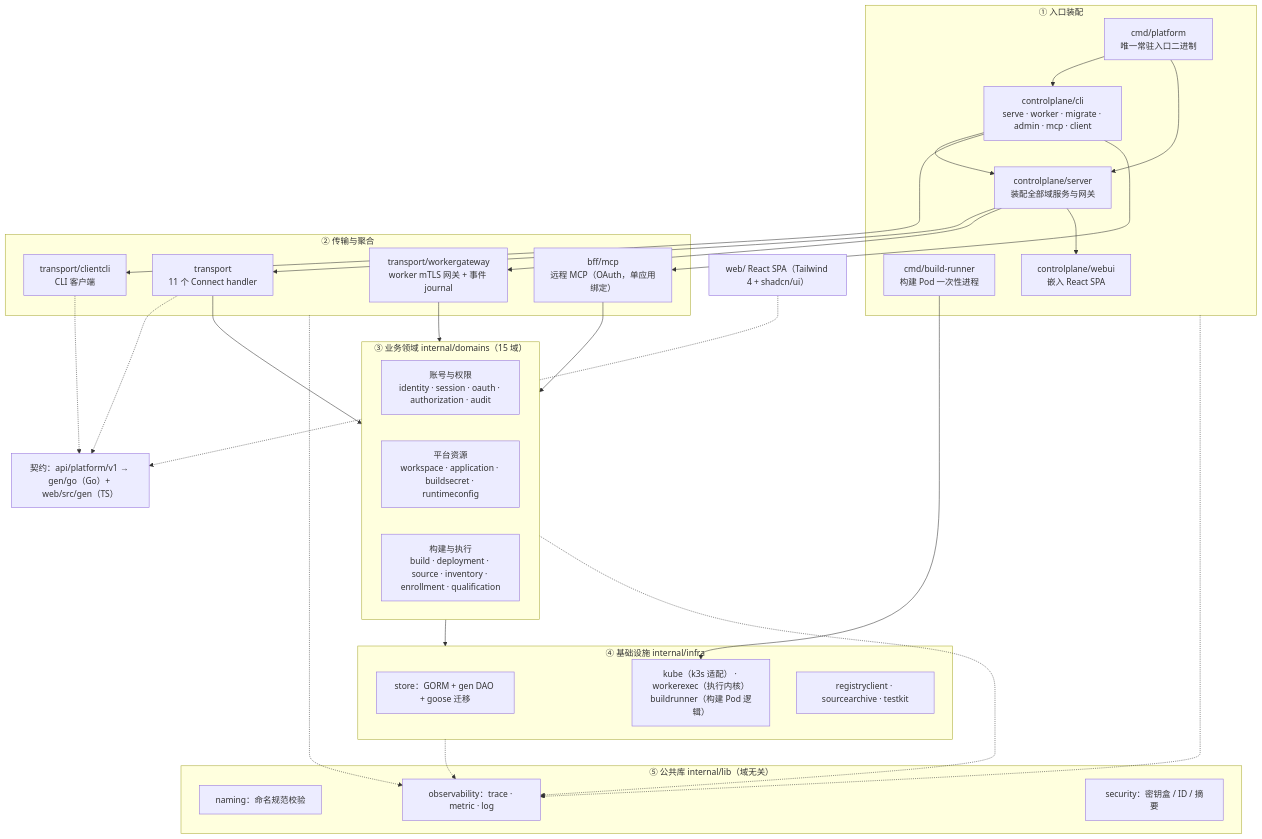
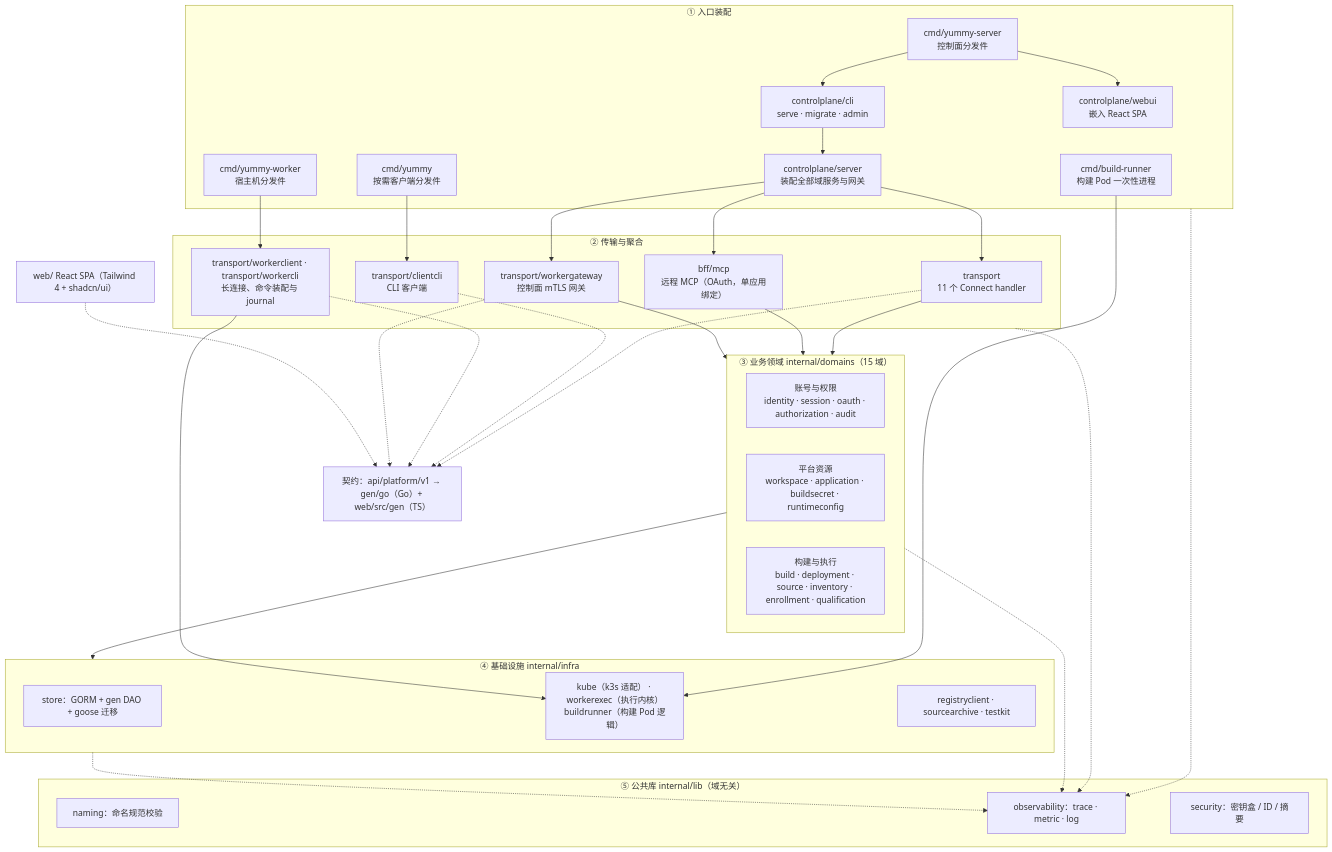
One commit to sunshanpeng/yummy changed the second of 2 diagrams in docs/architecture.md. Above: the diagram before and after it, drawn with Mermaid. The commit also changed other lines of this file and 55 other files, not shown here.

First line of the commit message:
refactor: 拆分控制面、CLI 和 worker 的发布产物

````diff
--- a/docs/architecture.md
+++ b/docs/architecture.md
@@ -74,59 +74,65 @@
 ```mermaid
 flowchart TB
     subgraph entry["① 入口装配"]
-        cmdp["cmd/platform<br/>唯一常驻入口二进制"]
+        cmdsrv["cmd/yummy-server<br/>控制面分发件"]
+        cmdcli["cmd/yummy<br/>按需客户端分发件"]
+        cmdworker["cmd/yummy-worker<br/>宿主机分发件"]
         cmdr["cmd/build-runner<br/>构建 Pod 一次性进程"]
-        cpcli["controlplane/cli<br/>serve · worker · migrate · admin · mcp · client"]
+        cpcli["controlplane/cli<br/>serve · migrate · admin"]
         cpsrv["controlplane/server<br/>装配全部域服务与网关"]
         webui["controlplane/webui<br/>嵌入 React SPA"]
     end
 
     subgraph edge["② 传输与聚合"]
         tr["transport<br/>11 个 Connect handler"]
-        wg["transport/workergateway<br/>worker mTLS 网关 + 事件 journal"]
+        wg["transport/workergateway<br/>控制面 mTLS 网关"]
+        wc["transport/workerclient · transport/workercli<br/>长连接、命令装配与 journal"]
         ccli["transport/clientcli<br/>CLI 客户端"]
         mcp["bff/mcp<br/>远程 MCP（OAuth，单应用绑定）"]
     end
 
     subgraph domains["③ 业务领域 internal/domains（15 域）"]
         d1["账号与权限<br/>identity · session · oauth · authorization · audit"]
         d2["平台资源<br/>workspace · application · buildsecret · runtimeconfig"]
         d3["构建与执行<br/>build · deployment · source · inventory · enrollment · qualification"]
     end
 
     subgraph infra["④ 基础设施 internal/infra"]
         i1["store：GORM + gen DAO + goose 迁移"]
         i2["kube（k3s 适配） · workerexec（执行内核）<br/>buildrunner（构建 Pod 逻辑）"]
         i3["registryclient · sourcearchive · testkit"]
     end
 
     subgraph common["⑤ 公共库 internal/lib（域无关）"]
         cm1["naming：命名规范校验"]
         cm2["observability：trace · metric · log"]
         cm3["security：密钥盒 / ID / 摘要"]
     end
 
     contract["契约：api/platform/v1 → gen/go（Go）+ web/src/gen（TS）"]
     webapp["web/ React SPA（Tailwind 4 + shadcn/ui）"]
 
-    cmdp --> cpcli
-    cmdp --> cpsrv
+    cmdsrv --> cpcli
+    cmdsrv --> webui
+    cmdcli --> ccli
+    cmdworker --> wc
     cmdr --> i2
+    wc --> i2
     cpcli --> cpsrv
-    cpcli --> ccli
-    cpcli --> mcp
+    cpsrv --> mcp
     cpsrv --> tr
     cpsrv --> wg
-    cpsrv --> webui
     tr --> domains
     mcp --> domains
     wg --> domains
     domains --> infra
     tr -.-> contract
     ccli -.-> contract
+    wc -.-> contract
+    wg -.-> contract
     webapp -.-> contract
     entry -.-> cm2
     edge -.-> cm2
     domains -.-> cm2
     infra -.-> cm2
 ```
````
